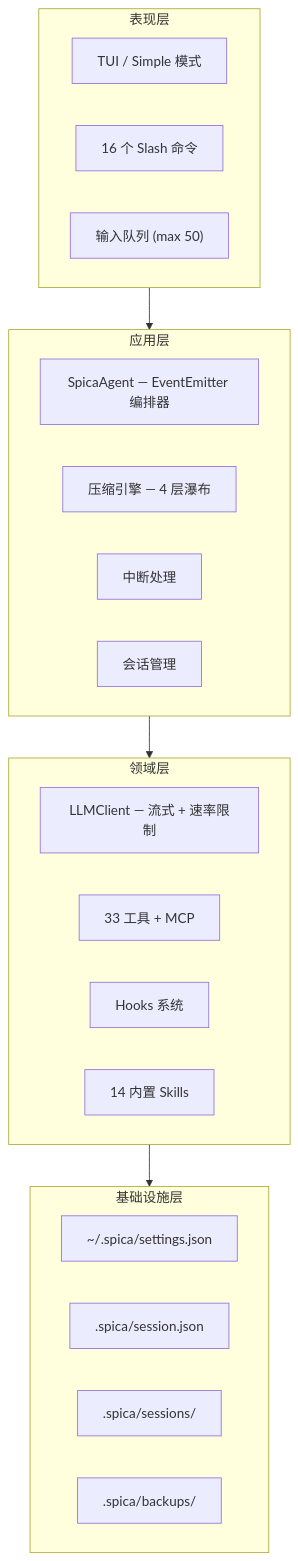
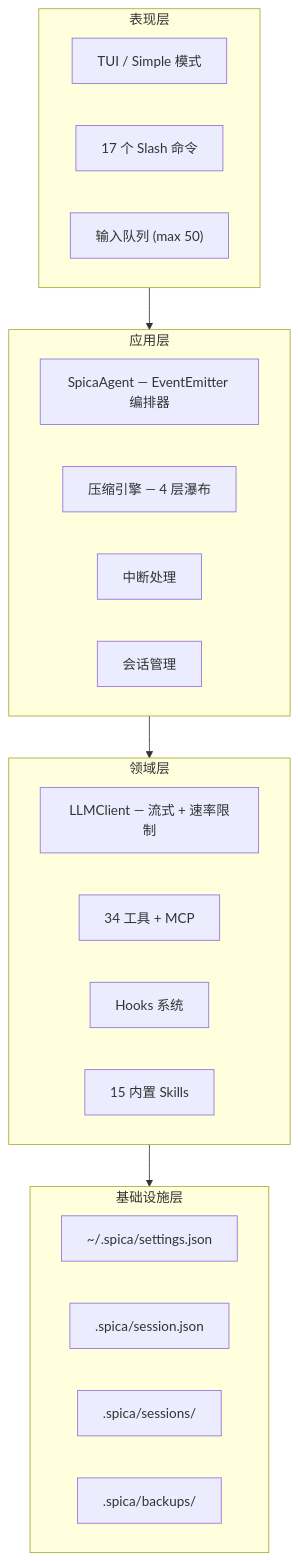
The first of 5 diagrams in README_CN.md (linnin233/spica-cli), drawn with Mermaid before and after one commit. The commit also changed other lines of this file and 3 other files, not shown here.

Commit message:
[spica] docs: update for v85b5606 — checkpoint→idea, tool counts, slash commands, skills

````diff
--- a/README_CN.md
+++ b/README_CN.md
@@ -29,33 +29,33 @@
 ```mermaid
 graph TB
     subgraph PRESENTATION["表现层"]
         TUI["TUI / Simple 模式"]
-        CMD["16 个 Slash 命令"]
+        CMD["17 个 Slash 命令"]
         IQ["输入队列 (max 50)"]
     end
 
     subgraph APPLICATION["应用层"]
         AGENT["SpicaAgent — EventEmitter 编排器"]
         COMPRESS["压缩引擎 — 4 层瀑布"]
         INTR["中断处理"]
         SESSION["会话管理"]
     end
 
     subgraph DOMAIN["领域层"]
         LLM["LLMClient — 流式 + 速率限制"]
-        TOOLS["33 工具 + MCP"]
+        TOOLS["34 工具 + MCP"]
         HOOKS["Hooks 系统"]
-        SKILLS["14 内置 Skills"]
+        SKILLS["15 内置 Skills"]
     end
 
     subgraph INFRA["基础设施层"]
         SETTINGS["~/.spica/settings.json"]
         SESSFILE[".spica/session.json"]
         ARCHIVE[".spica/sessions/"]
         BACKUPS[".spica/backups/"]
     end
 
     PRESENTATION --> APPLICATION
     APPLICATION --> DOMAIN
     DOMAIN --> INFRA
 ```
````
